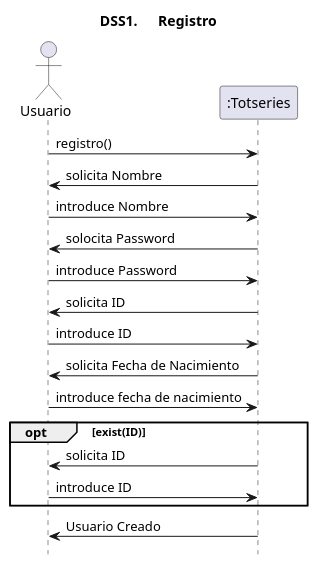
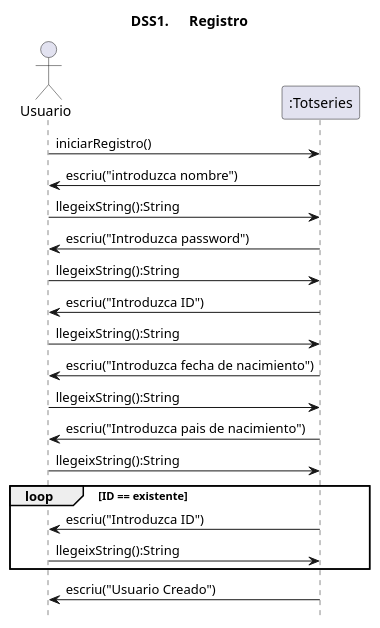
One commit to MrViciao/TotSeries changed the diagram in src/totseries/Uml/Sistema/Diagrama de Sistema UC1.puml. Above: the diagram before and after it, drawn with PlantUML. The commit also changed other lines of this file, not shown here.

Commit message:
Update Diagrama de Sistema UC1.puml

```diff
--- a/src/totseries/Uml/Sistema/Diagrama de Sistema UC1.puml
+++ b/src/totseries/Uml/Sistema/Diagrama de Sistema UC1.puml
@@ -1,22 +1,23 @@
 @startuml
 title	DSS1.	Registro	
-'	ocultar	el	foot	si	son	curts,	sino	deixar-ho
-'	la	comanda	es	la	seguent
 hide	footbox
-'definicio	d'actors
 actor	Usuario	as	user
-user	->	":Totseries":registro()
-":Totseries" -> user :solicita Nombre
-user -> ":Totseries":introduce Nombre
-":Totseries" -> user :solocita Password
-user -> ":Totseries" :introduce Password
-":Totseries" -> user :solicita ID
-user -> ":Totseries" :introduce ID
-":Totseries" -> user :solicita Fecha de Nacimiento
-user -> ":Totseries" :introduce fecha de nacimiento
-opt exist(ID)
-    ":Totseries" -> user :solicita ID
-    user -> ":Totseries" :introduce ID
+
+user	->	":Totseries":iniciarRegistro()
+":Totseries" -> user :escriu("introduzca nombre")
+user -> ":Totseries":llegeixString():String
+":Totseries" -> user :escriu("Introduzca password")
+user -> ":Totseries" :llegeixString():String
+":Totseries" -> user :escriu("Introduzca ID")
+user -> ":Totseries" :llegeixString():String
+":Totseries" -> user :escriu("Introduzca fecha de nacimiento")
+user -> ":Totseries" :llegeixString():String
+":Totseries" -> user :escriu("Introduzca pais de nacimiento")
+user -> ":Totseries" :llegeixString():String
+
+loop ID == existente
+    ":Totseries" -> user :escriu("Introduzca ID")
+    user -> ":Totseries" :llegeixString():String
 end
-":Totseries" -> user :Usuario Creado
+":Totseries" -> user :escriu("Usuario Creado")
 @enduml
```
